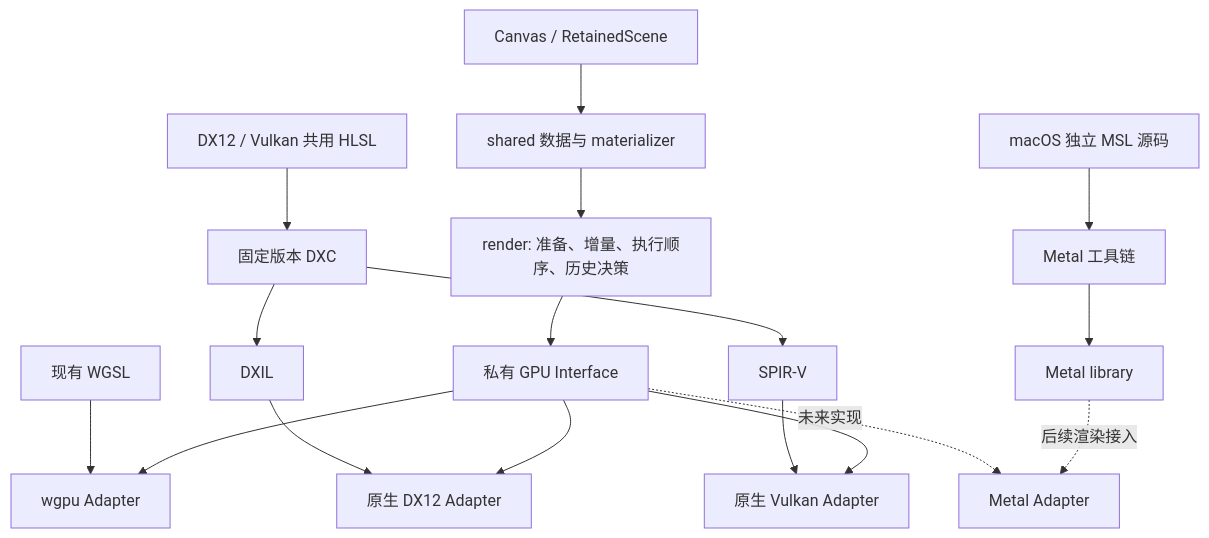
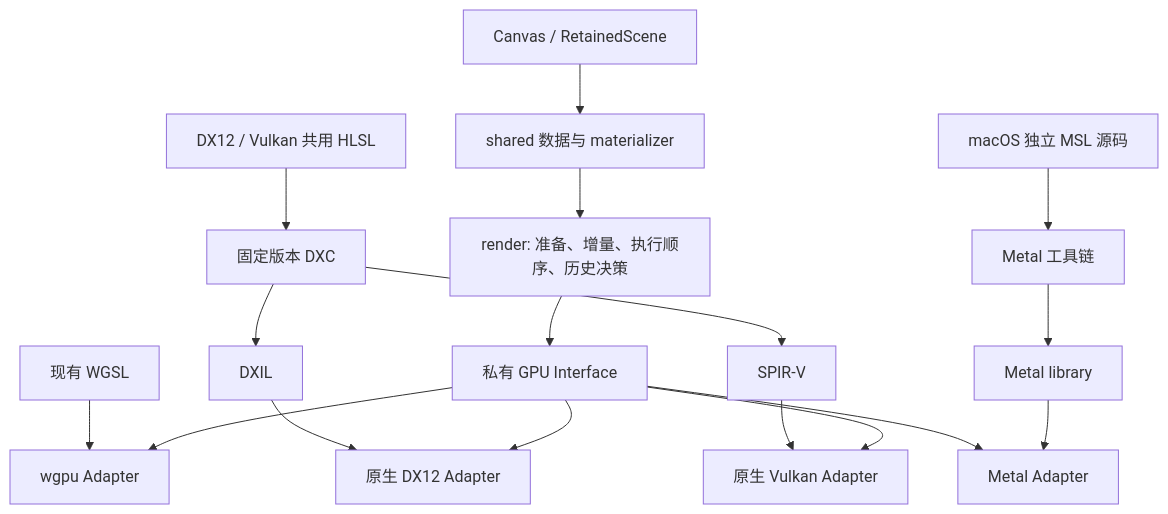
One commit to Jianqoq/tileink changed the diagram in NATIVE_BACKEND_PLAN.md. Above: the diagram before and after it, drawn with Mermaid. The commit also changed other lines of this file and 91 other files, not shown here.

````diff
--- a/NATIVE_BACKEND_PLAN.md
+++ b/NATIVE_BACKEND_PLAN.md
@@ -73,19 +73,19 @@
 ```mermaid
 flowchart TD
     Scene[Canvas / RetainedScene] --> Data[shared 数据与 materializer]
     Data --> Core[render: 准备、增量、执行顺序、历史决策]
     Core --> Seam[私有 GPU Interface]
     Seam --> W[wgpu Adapter]
     Seam --> D[原生 DX12 Adapter]
     Seam --> V[原生 Vulkan Adapter]
     WGSL[现有 WGSL] --> W
     HLSL[DX12 / Vulkan 共用 HLSL] --> DXC[固定版本 DXC]
     DXC --> DXIL[DXIL]
     DXC --> SPIRV[SPIR-V]
     DXIL --> D
     SPIRV --> V
     MSL[macOS 独立 MSL 源码] --> MC[Metal 工具链]
     MC --> ML[Metal library]
-    ML -. 后续渲染接入 .-> M[Metal Adapter]
-    Seam -. 未来实现 .-> M
+    ML --> M[Metal Adapter]
+    Seam --> M
 ```
````
